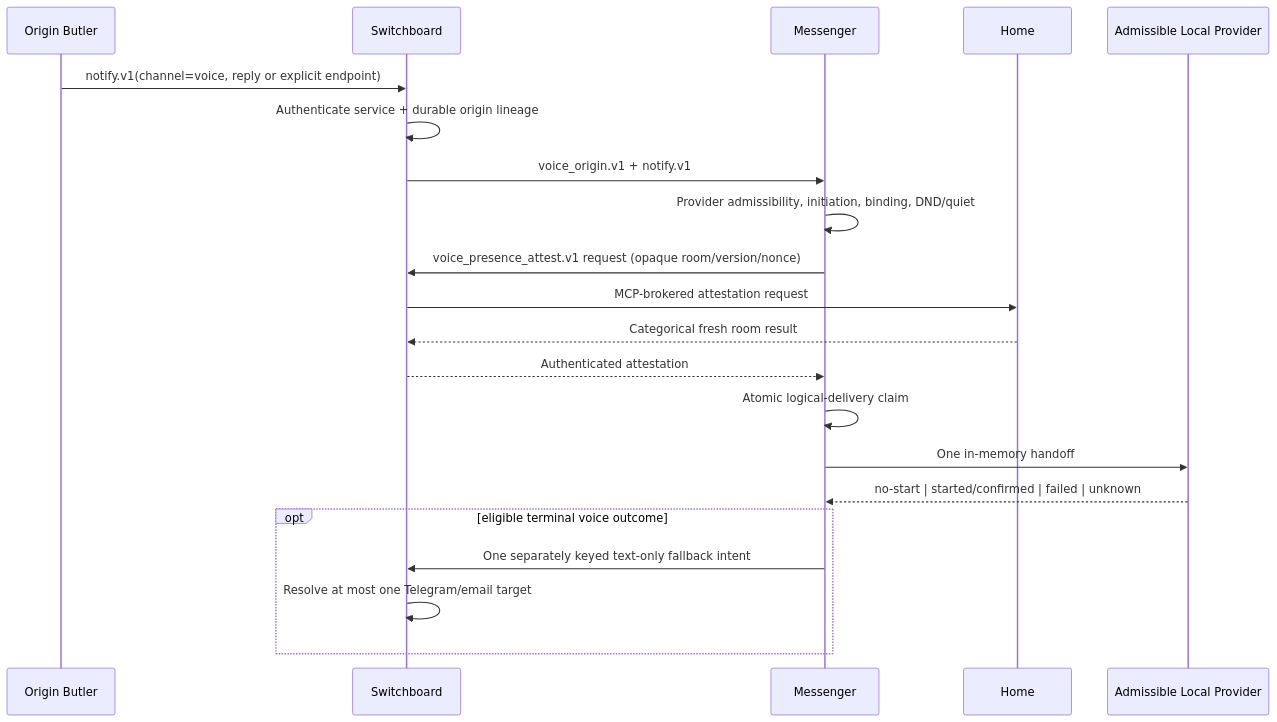
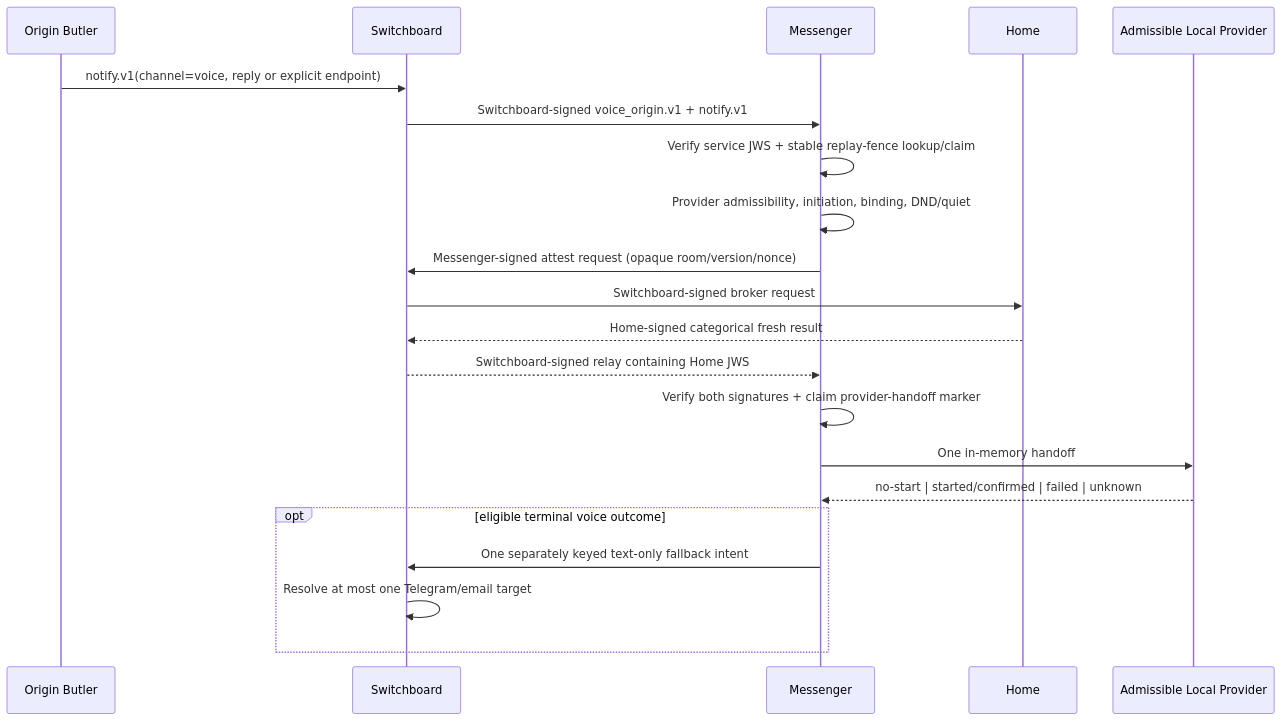
The fourth of 9 diagrams in about/lay-and-land/data-flow.md (tzeusy-org/butlers), drawn with Mermaid before and after one commit. The commit also changed other lines of this file and 9 other files, not shown here.

````diff
--- a/about/lay-and-land/data-flow.md
+++ b/about/lay-and-land/data-flow.md
@@ -177,24 +177,24 @@
 ```mermaid
 sequenceDiagram
     participant Origin as Origin Butler
     participant SW as Switchboard
     participant MSG as Messenger
     participant HOME as Home
     participant Provider as Admissible Local Provider
 
     Origin->>SW: notify.v1(channel=voice, reply or explicit endpoint)
-    SW->>SW: Authenticate service + durable origin lineage
-    SW->>MSG: voice_origin.v1 + notify.v1
+    SW->>MSG: Switchboard-signed voice_origin.v1 + notify.v1
+    MSG->>MSG: Verify service JWS + stable replay-fence lookup/claim
     MSG->>MSG: Provider admissibility, initiation, binding, DND/quiet
-    MSG->>SW: voice_presence_attest.v1 request (opaque room/version/nonce)
-    SW->>HOME: MCP-brokered attestation request
-    HOME-->>SW: Categorical fresh room result
-    SW-->>MSG: Authenticated attestation
-    MSG->>MSG: Atomic logical-delivery claim
+    MSG->>SW: Messenger-signed attest request (opaque room/version/nonce)
+    SW->>HOME: Switchboard-signed broker request
+    HOME-->>SW: Home-signed categorical fresh result
+    SW-->>MSG: Switchboard-signed relay containing Home JWS
+    MSG->>MSG: Verify both signatures + claim provider-handoff marker
     MSG->>Provider: One in-memory handoff
     Provider-->>MSG: no-start | started/confirmed | failed | unknown
     opt eligible terminal voice outcome
         MSG->>SW: One separately keyed text-only fallback intent
         SW->>SW: Resolve at most one Telegram/email target
     end
 ```
````
